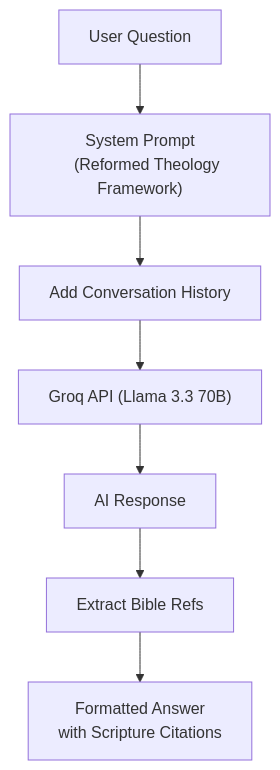
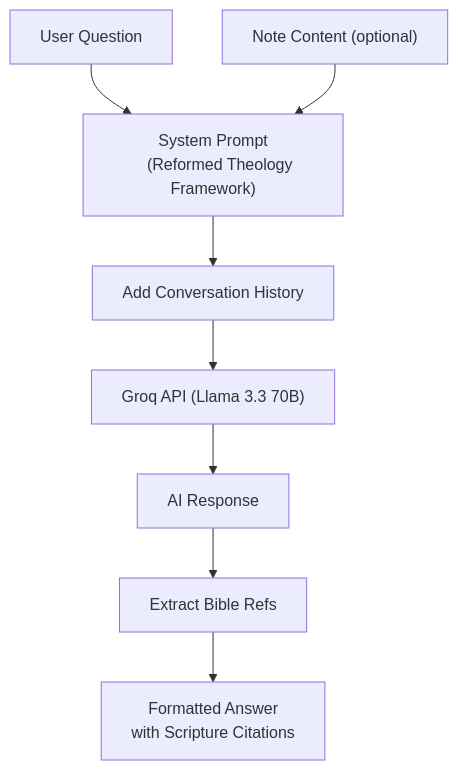
Before and after one commit to nickigann03/word-flow-app: the sixth of 7 diagrams in TECHNICAL.md, drawn with Mermaid. The commit also changed other lines of this file and 6 other files, not shown here.

````diff
--- a/TECHNICAL.md
+++ b/TECHNICAL.md
@@ -217,15 +256,17 @@
 ```mermaid
 flowchart TD
     Input["User Question"]
+    NoteContext["Note Content (optional)"]
     
     Input --> System["System Prompt
     (Reformed Theology Framework)"]
+    NoteContext --> System
     
     System --> Context["Add Conversation History"]
     Context --> Groq["Groq API (Llama 3.3 70B)"]
     
     Groq --> Response["AI Response"]
     Response --> Extract["Extract Bible Refs"]
     Extract --> Output["Formatted Answer
     with Scripture Citations"]
 ```
````
